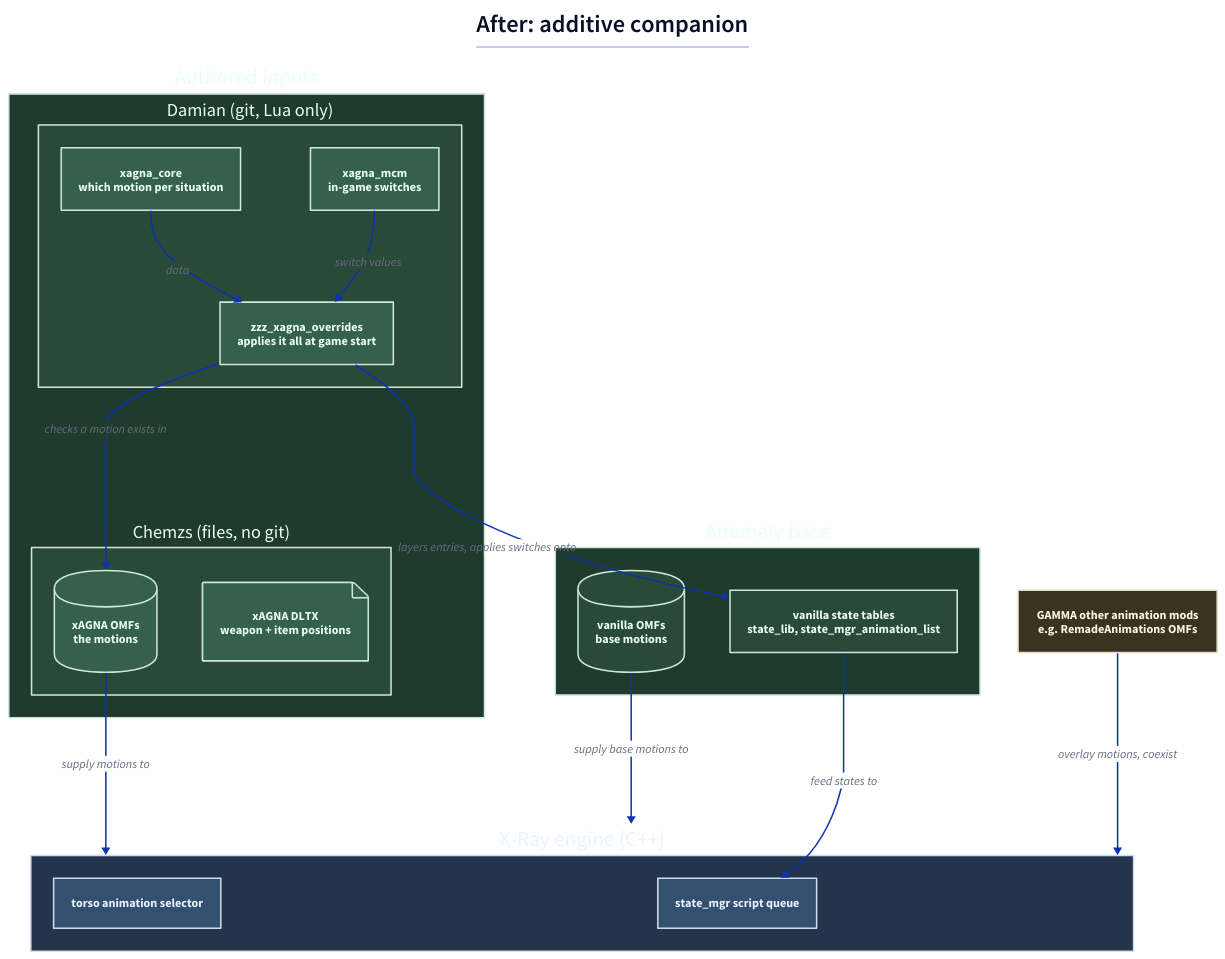
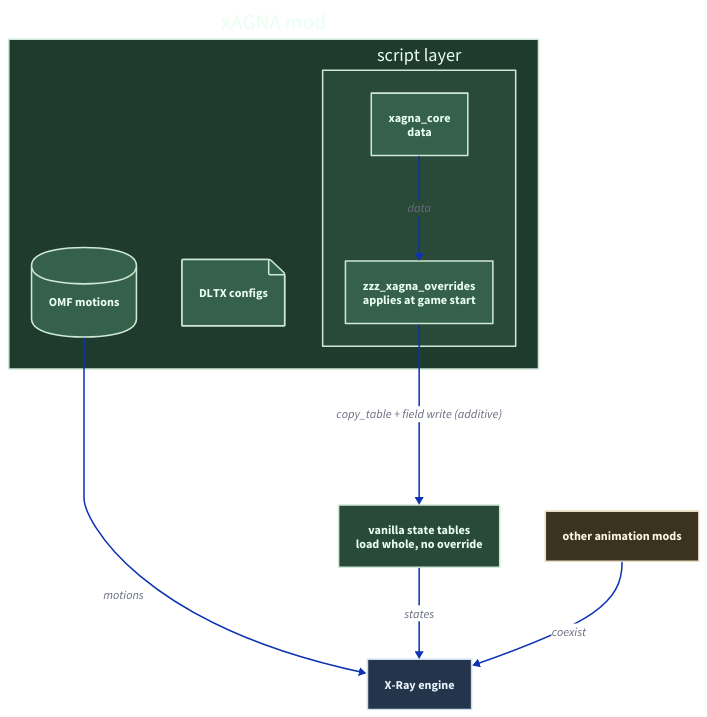
One commit to Chemzsis/xagna changed the diagram in doc/img/xagna-architecture.d2. Above: the diagram before and after it, drawn with D2. The commit also changed 3 other files, not shown here.

First line of the commit message:
docs(xagna): add 1.04 changelog, compact architecture, refreshed diagram

```diff
--- a/doc/img/xagna-architecture.d2
+++ b/doc/img/xagna-architecture.d2
@@ -1,59 +1,22 @@
 direction: down
 
-title: |md
-  # After: additive companion
-| {near: top-center}
-
-authored: "Authored inputs" {
-  style.fill: "#1f3b2e"
-  style.stroke: "#cfe8d8"
-  style.font-color: "#eafff2"
-
-  yours: "Chemzs  (files, no git)" {
-    style.fill: "#2a4a39"
-    style.stroke: "#cfe8d8"
-    style.font-color: "#eafff2"
-    omf: "xAGNA OMFs\nthe motions" {shape: cylinder; style.fill: "#356049"; style.font-color: "#eafff2"; style.stroke: "#cfe8d8"}
-    dltx: "xAGNA DLTX\nweapon + item positions" {shape: page; style.fill: "#356049"; style.font-color: "#eafff2"; style.stroke: "#cfe8d8"}
-  }
-
-  companion: "Damian  (git, Lua only)" {
-    style.fill: "#2a4a39"
-    style.stroke: "#cfe8d8"
-    style.font-color: "#eafff2"
-    core: "xagna_core\nwhich motion per situation" {style.fill: "#356049"; style.font-color: "#eafff2"; style.stroke: "#cfe8d8"}
-    mcm: "xagna_mcm\nin-game switches" {style.fill: "#356049"; style.font-color: "#eafff2"; style.stroke: "#cfe8d8"}
-    overrides: "zzz_xagna_overrides\napplies it all at game start" {style.fill: "#356049"; style.font-color: "#eafff2"; style.stroke: "#cfe8d8"}
+inputs: "xAGNA mod" {
+  style.fill: "#1f3b2e"; style.stroke: "#cfe8d8"; style.font-color: "#eafff2"
+  omf: "OMF motions" {shape: cylinder; style.fill: "#356049"; style.stroke: "#cfe8d8"; style.font-color: "#eafff2"}
+  dltx: "DLTX configs" {shape: page; style.fill: "#356049"; style.stroke: "#cfe8d8"; style.font-color: "#eafff2"}
+  scripts: "script layer" {
+    style.fill: "#2a4a39"; style.stroke: "#cfe8d8"; style.font-color: "#eafff2"
+    core: "xagna_core\ndata" {style.fill: "#356049"; style.stroke: "#cfe8d8"; style.font-color: "#eafff2"}
+    ovr: "zzz_xagna_overrides\napplies at game start" {style.fill: "#356049"; style.stroke: "#cfe8d8"; style.font-color: "#eafff2"}
   }
 }
 
-anomaly: "Anomaly base" {
-  style.fill: "#1f3b2e"
-  style.stroke: "#cfe8d8"
-  style.font-color: "#eafff2"
-  tables: "vanilla state tables\nstate_lib, state_mgr_animation_list" {style.fill: "#2a4a39"; style.font-color: "#eafff2"; style.stroke: "#cfe8d8"}
-  vomf: "vanilla OMFs\nbase motions" {shape: cylinder; style.fill: "#2a4a39"; style.font-color: "#eafff2"; style.stroke: "#cfe8d8"}
-}
+vanilla: "vanilla state tables\nload whole, no override" {style.fill: "#2a4a39"; style.stroke: "#cfe8d8"; style.font-color: "#eafff2"}
+others: "other animation mods" {style.fill: "#3a3320"; style.stroke: "#e8dcc0"; style.font-color: "#fff6e0"}
+engine: "X-Ray engine" {style.fill: "#24344a"; style.stroke: "#cdddf0"; style.font-color: "#eaf3ff"}
 
-gamma: "GAMMA  other animation mods\ne.g. RemadeAnimations OMFs" {
-  style.fill: "#3a3320"
-  style.stroke: "#e8dcc0"
-  style.font-color: "#fff6e0"
-}
-
-engine: "X-Ray engine  (C++)" {
-  style.fill: "#24344a"
-  style.stroke: "#cdddf0"
-  style.font-color: "#eaf3ff"
-  sel: "torso animation selector" {style.fill: "#33506f"; style.font-color: "#eaf3ff"; style.stroke: "#cdddf0"}
-  queue: "state_mgr script queue" {style.fill: "#33506f"; style.font-color: "#eaf3ff"; style.stroke: "#cdddf0"}
-}
-
-authored.companion.core -> authored.companion.overrides: "data"
-authored.companion.mcm -> authored.companion.overrides: "switch values"
-authored.companion.overrides -> anomaly.tables: "layers entries, applies switches onto"
-authored.companion.overrides -> authored.yours.omf: "checks a motion exists in"
-authored.yours.omf -> engine: "supply motions to"
-anomaly.vomf -> engine: "supply base motions to"
-anomaly.tables -> engine.queue: "feed states to"
-gamma -> engine: "overlay motions, coexist"
+inputs.scripts.core -> inputs.scripts.ovr: "data"
+inputs.scripts.ovr -> vanilla: "copy_table + field write (additive)"
+inputs.omf -> engine: "motions"
+vanilla -> engine: "states"
+others -> engine: "coexist"
```
